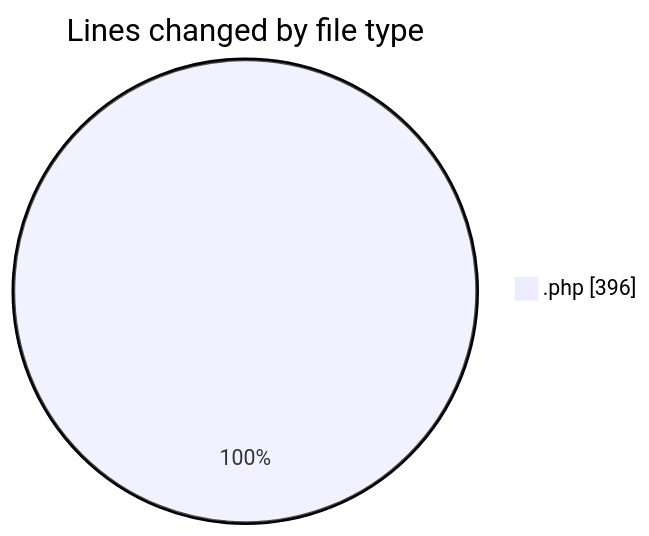
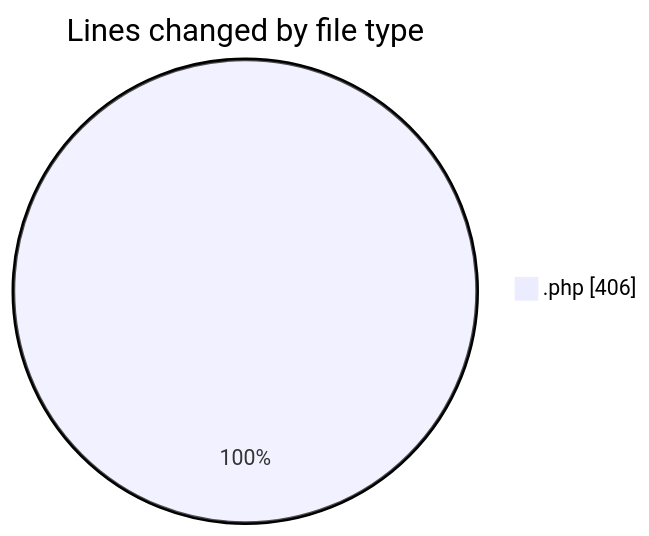
The first of 2 diagrams in 2025-04-07/oficina/README.md (LanceThiago/code-tracking), drawn with Mermaid before and after one commit. The commit also changed other lines of this file and 1 other file, not shown here.

````diff
--- a/2025-04-07/oficina/README.md
+++ b/2025-04-07/oficina/README.md
@@ -20,5 +20,5 @@
 ```mermaid
 pie showData
 title Lines changed by file type
-".php" : 396
+".php" : 406
 ```
````
